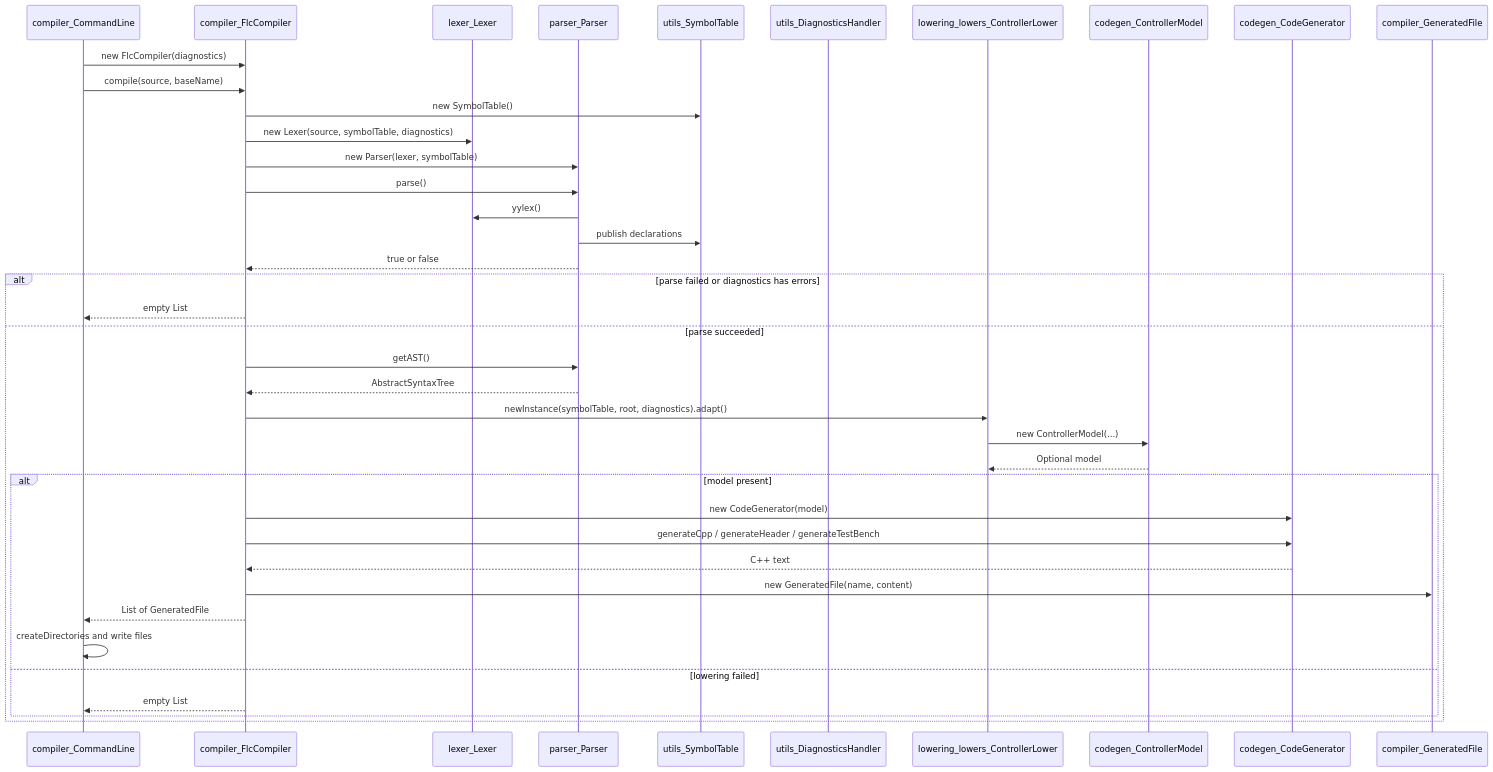
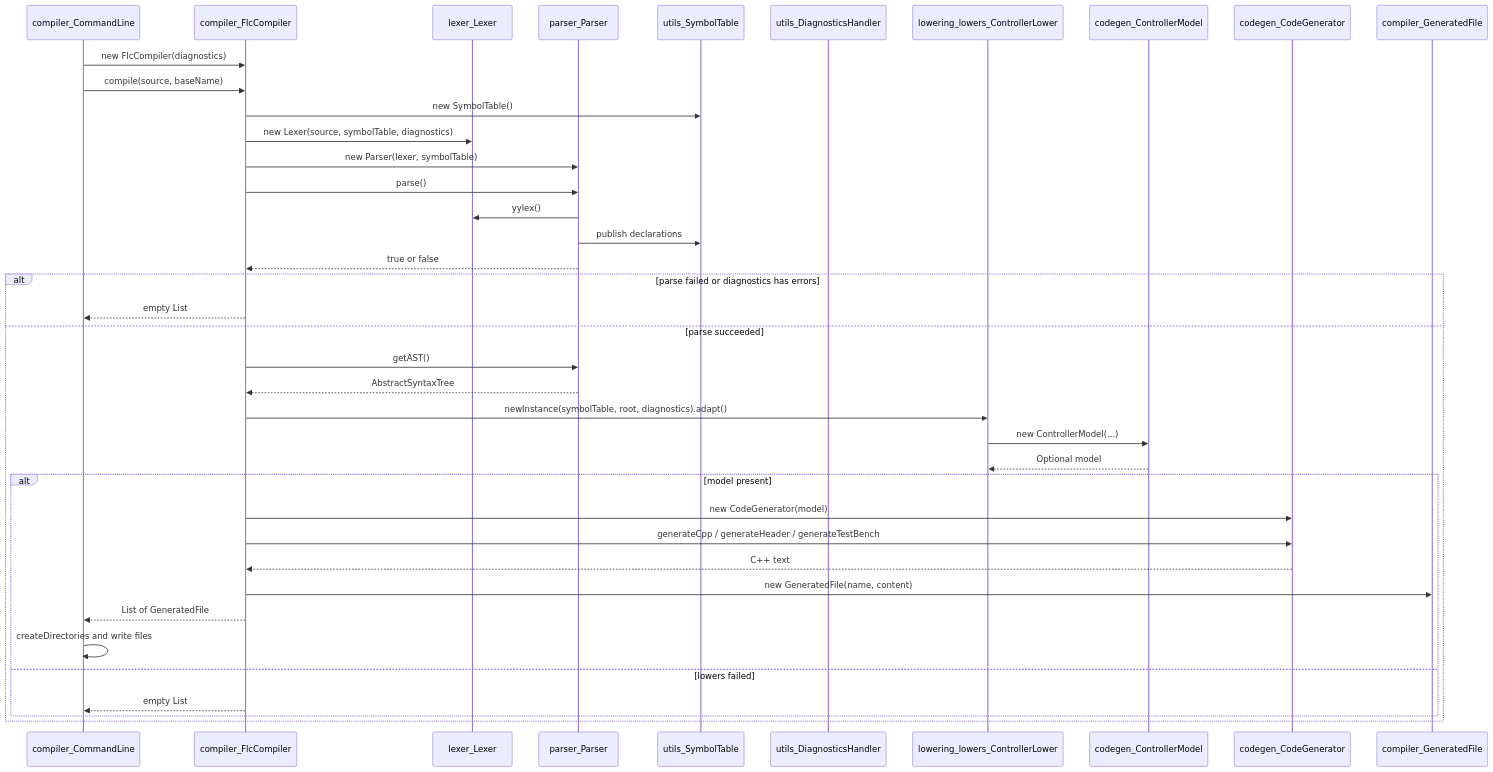
The third of 3 diagrams in doc/modules/compiler.md (PascalUser/FLC-IEC61131-7), drawn with Mermaid before and after one commit. The commit also changed other lines of this file and 537 other files, not shown here.

````diff
--- a/doc/modules/compiler.md
+++ b/doc/modules/compiler.md
@@ -198,42 +198,42 @@
 ```mermaid
 sequenceDiagram
     participant CLI as compiler_CommandLine
     participant C as compiler_FlcCompiler
     participant L as lexer_Lexer
     participant P as parser_Parser
     participant S as utils_SymbolTable
     participant D as utils_DiagnosticsHandler
     participant R as lowering_lowers_ControllerLower
     participant M as codegen_ControllerModel
     participant G as codegen_CodeGenerator
     participant F as compiler_GeneratedFile
 
     CLI->>C: new FlcCompiler(diagnostics)
     CLI->>C: compile(source, baseName)
     C->>S: new SymbolTable()
     C->>L: new Lexer(source, symbolTable, diagnostics)
     C->>P: new Parser(lexer, symbolTable)
     C->>P: parse()
     P->>L: yylex()
     P->>S: publish declarations
     P-->>C: true or false
     alt parse failed or diagnostics has errors
         C-->>CLI: empty List
     else parse succeeded
         C->>P: getAST()
         P-->>C: AbstractSyntaxTree
         C->>R: newInstance(symbolTable, root, diagnostics).adapt()
         R->>M: new ControllerModel(...)
         M-->>R: Optional model
         alt model present
             C->>G: new CodeGenerator(model)
             C->>G: generateCpp / generateHeader / generateTestBench
             G-->>C: C++ text
             C->>F: new GeneratedFile(name, content)
             C-->>CLI: List of GeneratedFile
             CLI->>CLI: createDirectories and write files
-        else lowering failed
+        else lowers failed
             C-->>CLI: empty List
         end
     end
 ```
````
